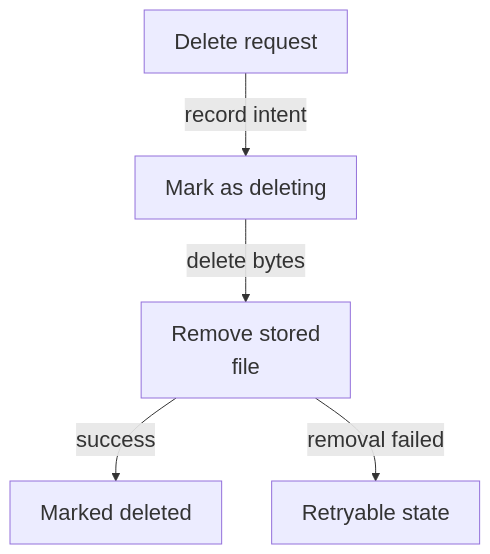
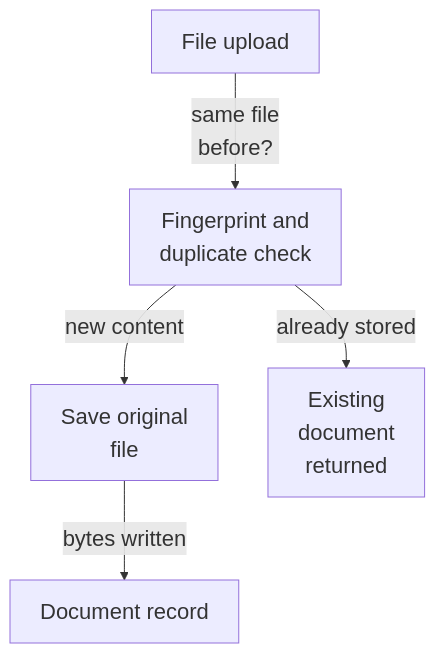
The diagram in maps/foundation/diagram-02.mmd (Justin-Mendoza/Afterclass), drawn with Mermaid before and after one commit. The commit also changed 85 other files, not shown here.

```diff
--- a/maps/foundation/diagram-02.mmd
+++ b/maps/foundation/diagram-02.mmd
@@ -1,11 +1,11 @@
 %%{init: {"themeVariables": {"fontSize": "22px"}}}%%
 flowchart TD
-  n0["Delete request"]
-  n1["Mark as deleting"]
-  n2["Remove stored<br/>file"]
-  n3["Marked deleted"]
-  n4["Retryable state"]
-  n0 -->|"record intent"| n1
-  n1 -->|"delete bytes"| n2
-  n2 -->|"success"| n3
-  n2 -->|"removal failed"| n4
+  n0["File upload"]
+  n1["Fingerprint and<br/>duplicate check"]
+  n2["Save original<br/>file"]
+  n3["Document record"]
+  n4["Existing<br/>document<br/>returned"]
+  n0 -->|"same file<br/>before?"| n1
+  n1 -->|"already stored"| n4
+  n1 -->|"new content"| n2
+  n2 -->|"bytes written"| n3
```
